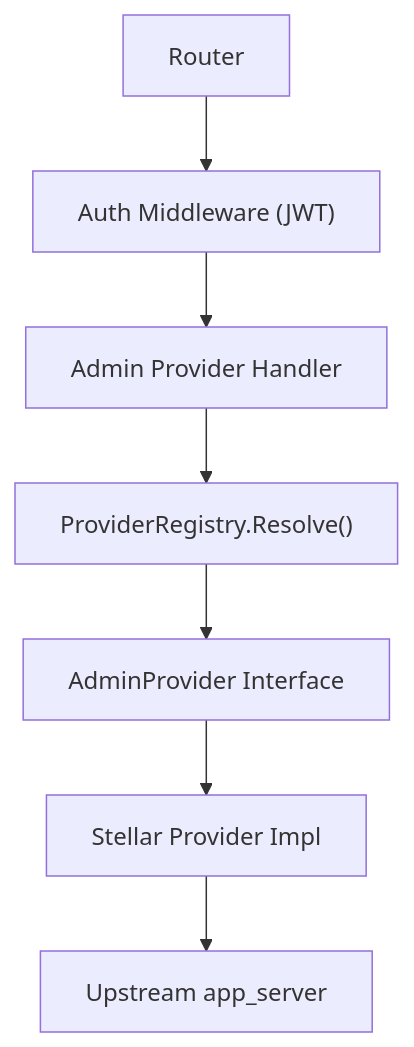
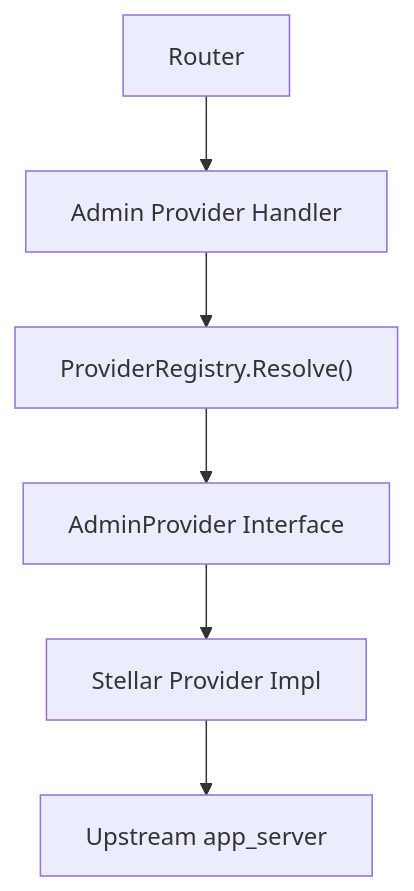
One commit to darren-you/app_box changed the second of 3 diagrams in docs/features/server/gateway_architecture.md. Above: the diagram before and after it, drawn with Mermaid. The commit also changed other lines of this file and 32 other files, not shown here.

````diff
--- a/docs/features/server/gateway_architecture.md
+++ b/docs/features/server/gateway_architecture.md
@@ -40,9 +41,8 @@
 ```mermaid
 flowchart TB
-    A["Router"] --> B["Auth Middleware (JWT)"]
-    B --> C["Admin Provider Handler"]
-    C --> D["ProviderRegistry.Resolve()"]
-    D --> E["AdminProvider Interface"]
-    E --> F["Stellar Provider Impl"]
-    F --> G["Upstream app_server"]
+    A["Router"] --> B["Admin Provider Handler"]
+    B --> C["ProviderRegistry.Resolve()"]
+    C --> D["AdminProvider Interface"]
+    D --> E["Stellar Provider Impl"]
+    E --> F["Upstream app_server"]
 ```
````
